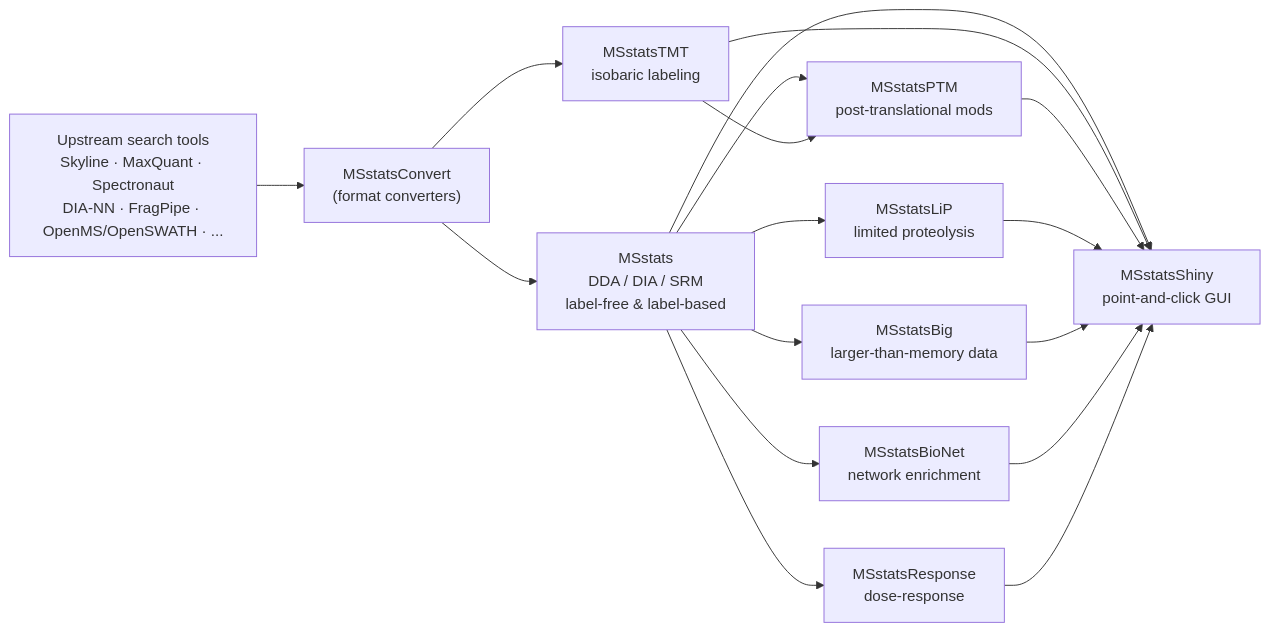
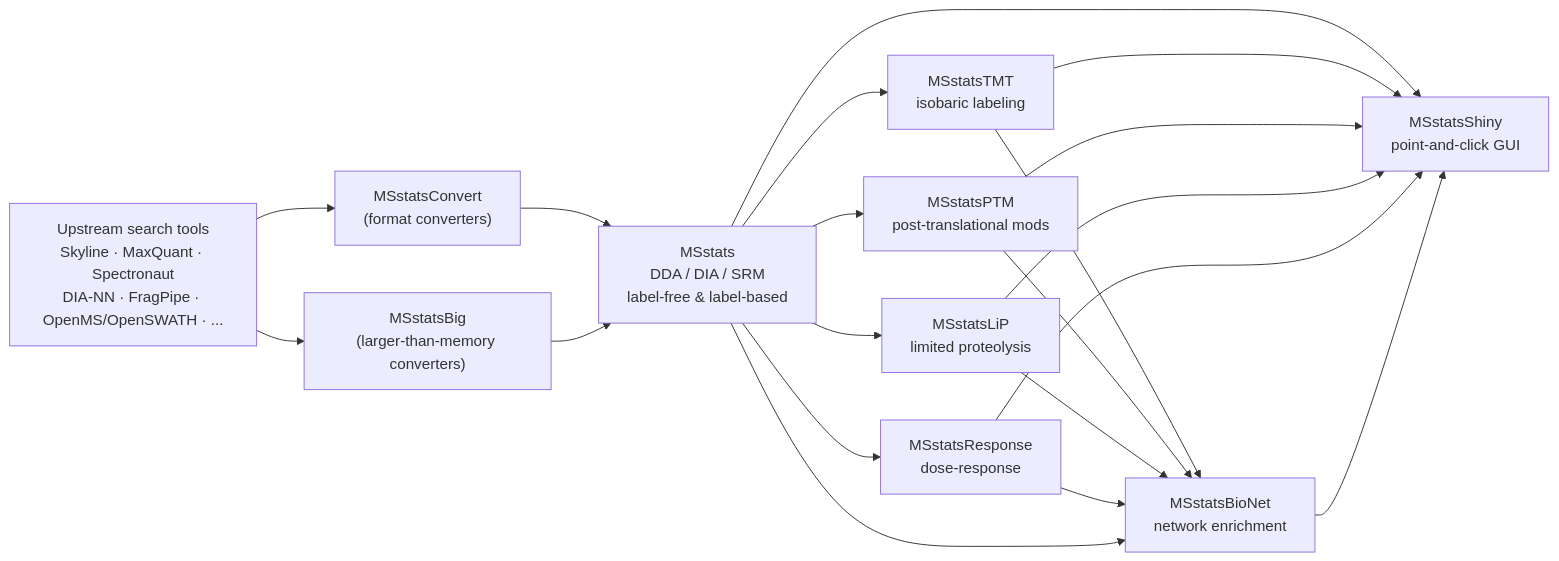
Before and after one commit to Vitek-Lab/MSstats: the diagram in README.md, drawn with Mermaid. The commit also changed other lines of this file and 1 other file, not shown here.

````diff
--- a/README.md
+++ b/README.md
@@ -55,19 +51,22 @@
 ```mermaid
 flowchart LR
     A["Upstream search tools<br/>Skyline · MaxQuant · Spectronaut<br/>DIA-NN · FragPipe · OpenMS/OpenSWATH · ..."] --> B["MSstatsConvert<br/>(format converters)"]
+    A --> G["MSstatsBig<br/>(larger-than-memory converters)"]
     B --> C["MSstats<br/>DDA / DIA / SRM<br/>label-free & label-based"]
-    B --> D["MSstatsTMT<br/>isobaric labeling"]
+    G --> C
+    C --> D["MSstatsTMT<br/>isobaric labeling"]
     C --> E["MSstatsPTM<br/>post-translational mods"]
-    D --> E
     C --> F["MSstatsLiP<br/>limited proteolysis"]
-    C --> G["MSstatsBig<br/>larger-than-memory data"]
-    C --> H["MSstatsBioNet<br/>network enrichment"]
     C --> I["MSstatsResponse<br/>dose-response"]
+    D --> H["MSstatsBioNet<br/>network enrichment"]
+    E --> H
+    F --> H
+    I --> H
+    C --> H
     C --> J["MSstatsShiny<br/>point-and-click GUI"]
     D --> J
     E --> J
     F --> J
-    G --> J
+    I --> J
     H --> J
-    I --> J
 ```
````
